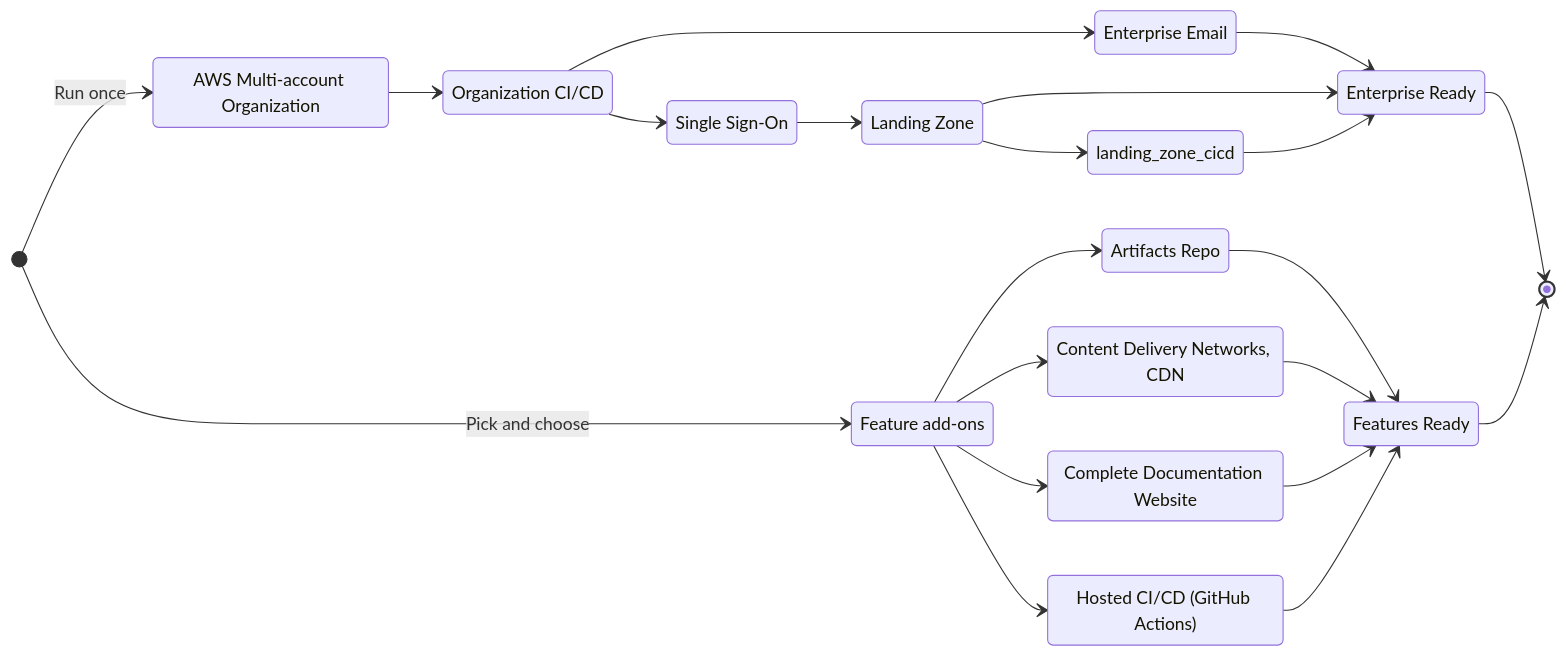
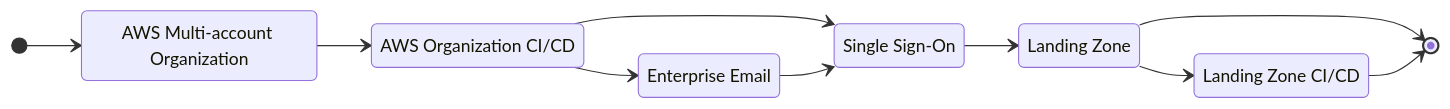
The first of 2 diagrams in docs/docs/intro.md (baremetalhelp/baremetal.help), drawn with Mermaid before and after one commit. The commit also changed other lines of this file and 24 other files, not shown here.

````diff
--- a/docs/docs/intro.md
+++ b/docs/docs/intro.md
@@ -63,36 +81,19 @@
 ```mermaid
 stateDiagram-v2
   direction LR
-  state "Complete Documentation Website" as documentation
-  state "Content Delivery Networks, CDN" as cdn
   state "AWS Multi-account Organization" as organization
   state "Landing Zone" as landingzone
+  state "Landing Zone CI/CD" as landing_zone_cicd
   state "Single Sign-On" as sso
-  state "Hosted CI/CD (GitHub Actions)" as githubactions
   state "Enterprise Email" as email
-  state "Feature add-ons" as features
-  state "Artifacts Repo" as artifacts
-  state "Features Ready" as featuresend
-  state "Organization CI/CD" as organization_cicd
-  state "Enterprise Ready" as enterprise_ready
-  [*] --> features : Pick and choose
-  [*] --> organization : Run once
-  features --> documentation
-  features --> githubactions
-  features --> cdn
-  features --> artifacts
-  artifacts --> featuresend
+  state "AWS Organization CI/CD" as organization_cicd
+  [*] --> organization
   organization --> organization_cicd
   organization_cicd --> sso
   organization_cicd --> email
-  email --> enterprise_ready
+  email --> sso
   sso --> landingzone
-  landingzone --> enterprise_ready
+  landingzone --> [*]
   landingzone --> landing_zone_cicd
-  cdn --> featuresend
-  documentation --> featuresend
-  githubactions --> featuresend
-  landing_zone_cicd --> enterprise_ready
-  enterprise_ready --> [*]
-  featuresend --> [*]
+  landing_zone_cicd --> [*]
 ```
````
